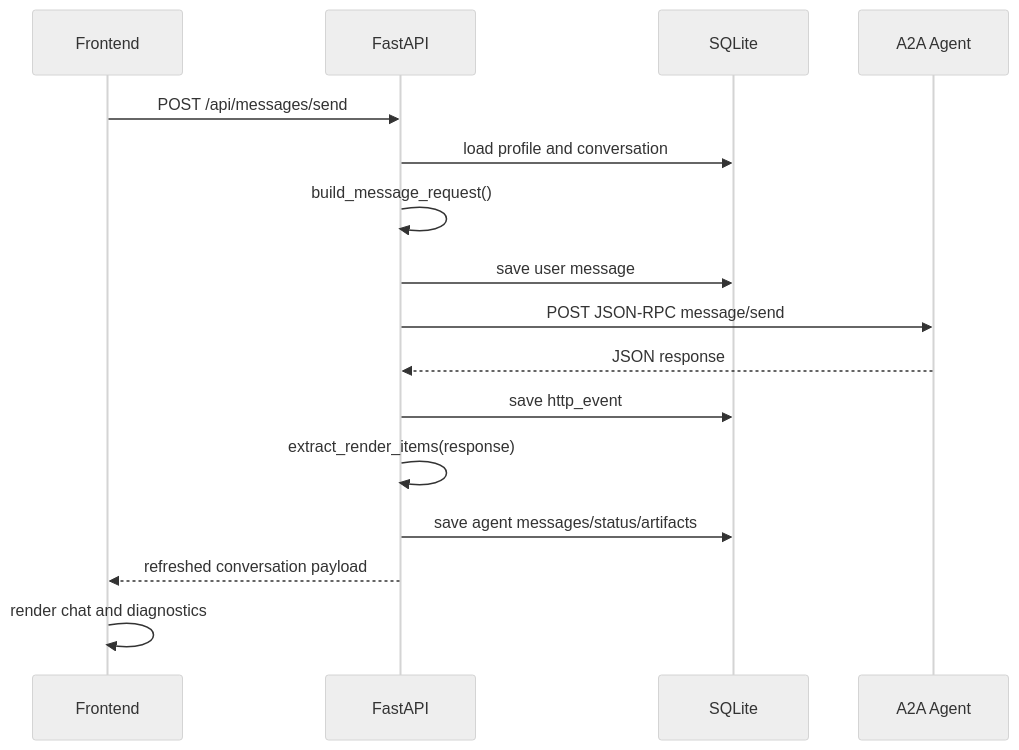
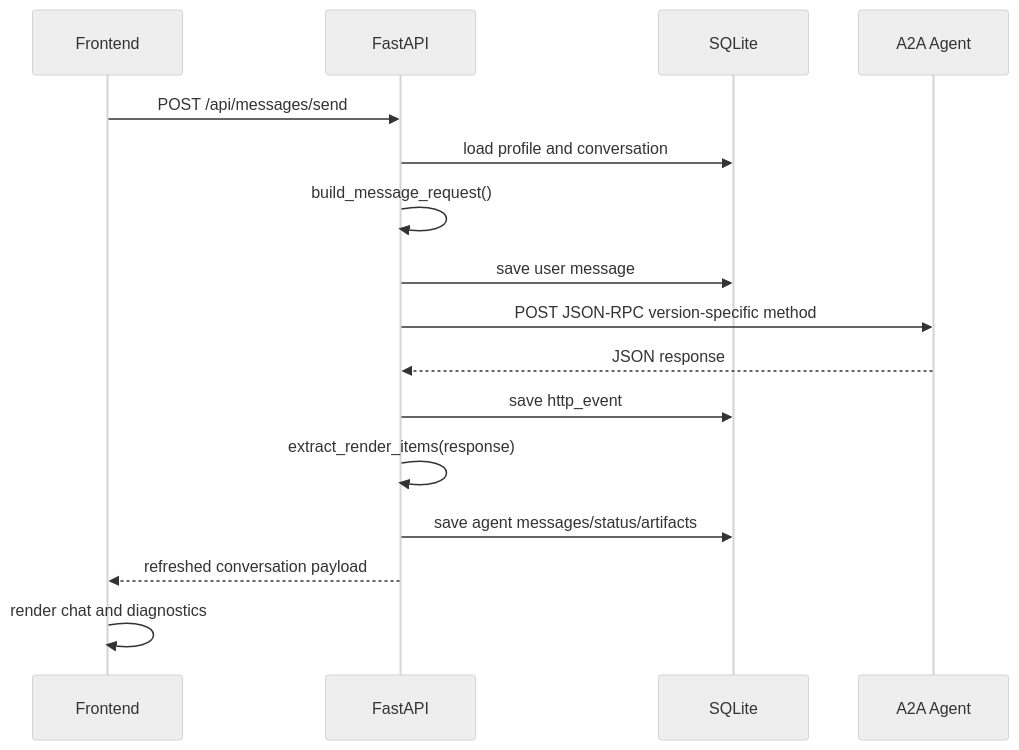
Before and after one commit to remark-ekz/A2ATester: the second of 3 diagrams in docs/PROJECT_DOCUMENTATION.md, drawn with Mermaid (neutral theme). The commit also changed other lines of this file and 9 other files, not shown here.

````diff
--- a/docs/PROJECT_DOCUMENTATION.md
+++ b/docs/PROJECT_DOCUMENTATION.md
@@ -315,19 +332,19 @@
 ```mermaid
 sequenceDiagram
     participant UI as Frontend
     participant API as FastAPI
     participant DB as SQLite
     participant A2A as A2A Agent
 
     UI->>API: POST /api/messages/send
     API->>DB: load profile and conversation
     API->>API: build_message_request()
     API->>DB: save user message
-    API->>A2A: POST JSON-RPC message/send
+    API->>A2A: POST JSON-RPC version-specific method
     A2A-->>API: JSON response
     API->>DB: save http_event
     API->>API: extract_render_items(response)
     API->>DB: save agent messages/status/artifacts
     API-->>UI: refreshed conversation payload
     UI->>UI: render chat and diagnostics
 ```
````
